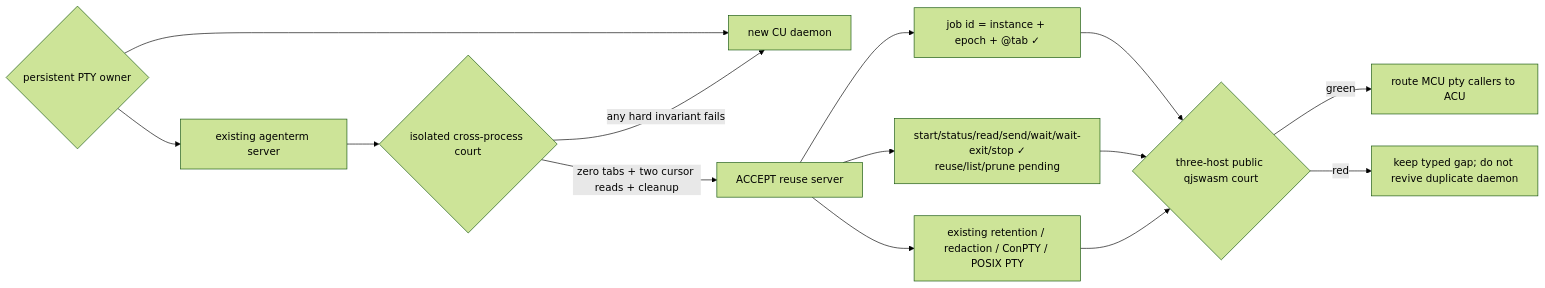
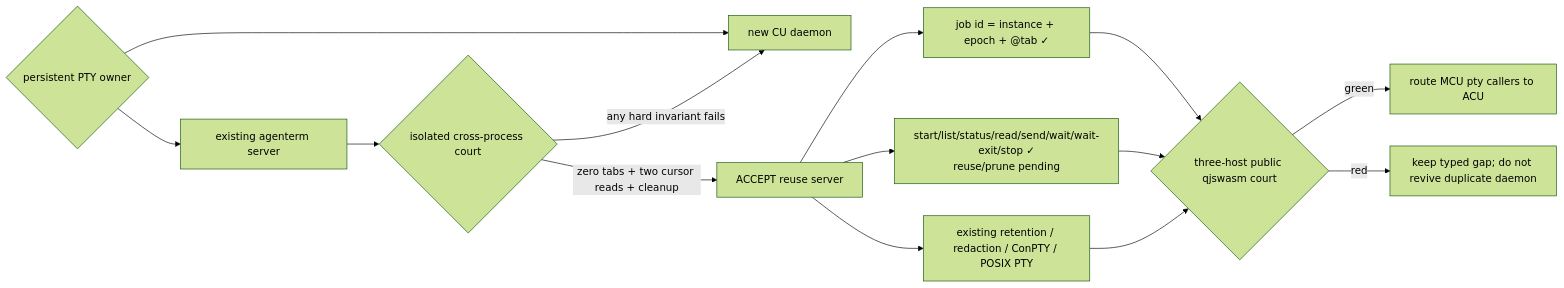
One commit to partnernetsoftware/agenterm changed the diagram in plan/experiment-headless-pty-owner.md. Above: the diagram before and after it, drawn with Mermaid (forest theme). The commit also changed other lines of this file and 16 other files, not shown here.

````diff
--- a/plan/experiment-headless-pty-owner.md
+++ b/plan/experiment-headless-pty-owner.md
@@ -99,17 +99,17 @@
 ```mermaid
 flowchart LR
   Q{"persistent PTY owner"}
   Q --> A["existing agenterm server"]
   Q --> B["new CU daemon"]
   A --> C{"isolated cross-process court"}
   C -->|"zero tabs + two cursor reads + cleanup"| D["ACCEPT reuse server"]
   C -->|"any hard invariant fails"| B
   D --> I["job id = instance + epoch + @tab ✓"]
-  D --> S["start/status/read/send/wait/wait-exit/stop ✓<br/>reuse/list/prune pending"]
+  D --> S["start/list/status/read/send/wait/wait-exit/stop ✓<br/>reuse/prune pending"]
   D --> R["existing retention / redaction / ConPTY / POSIX PTY"]
   I --> G{"three-host public qjswasm court"}
   S --> G
   R --> G
   G -->|green| M["route MCU pty callers to ACU"]
   G -->|red| K["keep typed gap; do not revive duplicate daemon"]
 ```
````
